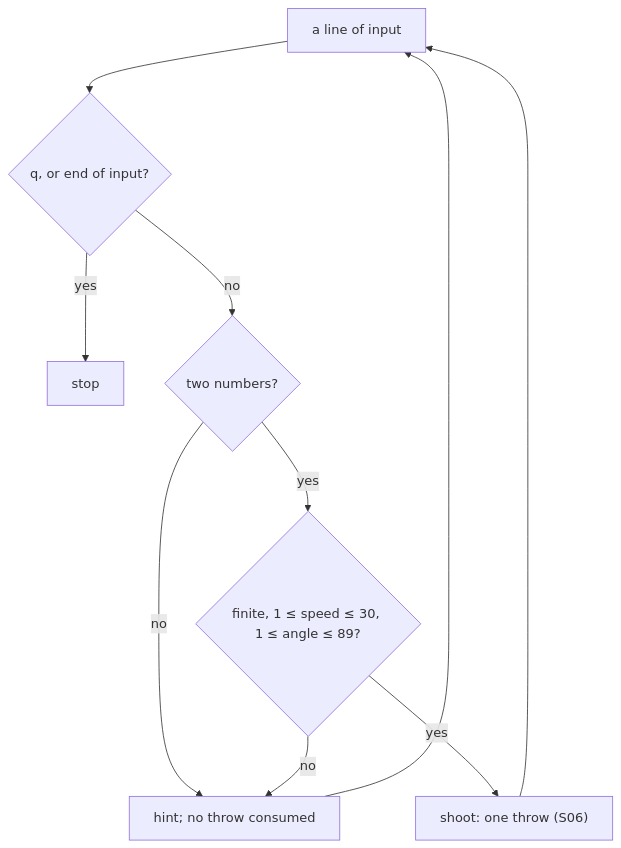
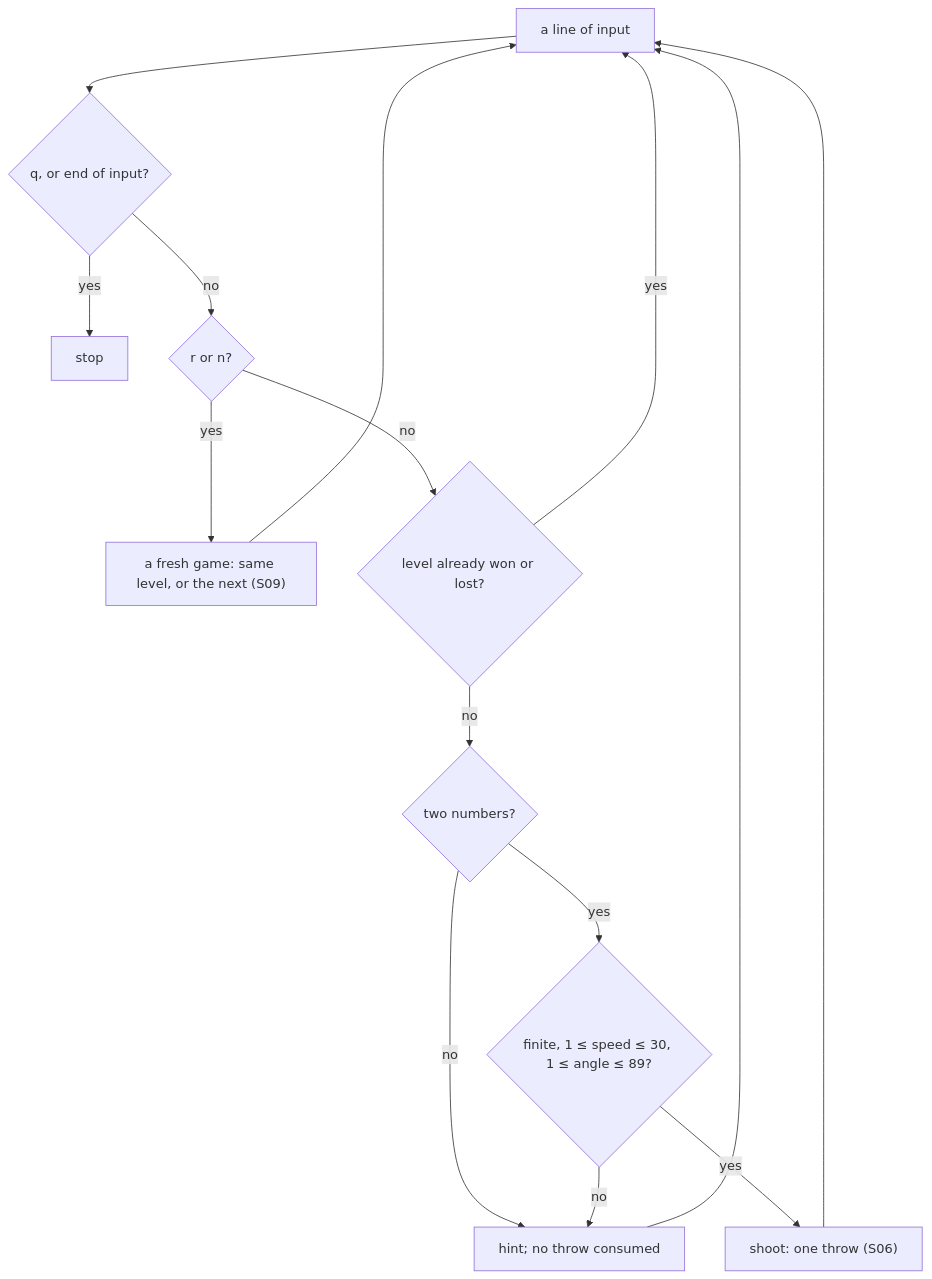
Before and after one commit to TM-59/arc-landing: the second of 4 diagrams in docs/theory/02-game.md, drawn with Mermaid. The commit also changed other lines of this file and 12 other files, not shown here.

````diff
--- a/docs/theory/02-game.md
+++ b/docs/theory/02-game.md
@@ -39,12 +39,17 @@
 ```mermaid
 flowchart TD
     L["a line of input"] --> Q{"q, or end of input?"}
     Q -- yes --> X["stop"]
-    Q -- no --> P{"two numbers?"}
+    Q -- no --> R{"r or n?"}
+    R -- yes --> N["a fresh game: same level, or the next (S09)"]
+    N --> L
+    R -- no --> F{"level already won or lost?"}
+    F -- yes --> L
+    F -- no --> P{"two numbers?"}
     P -- no --> H["hint; no throw consumed"]
     P -- yes --> V{"finite, 1 ≤ speed ≤ 30, 1 ≤ angle ≤ 89?"}
     V -- no --> H
     V -- yes --> S["shoot: one throw (S06)"]
     H --> L
     S --> L
 ```
````
